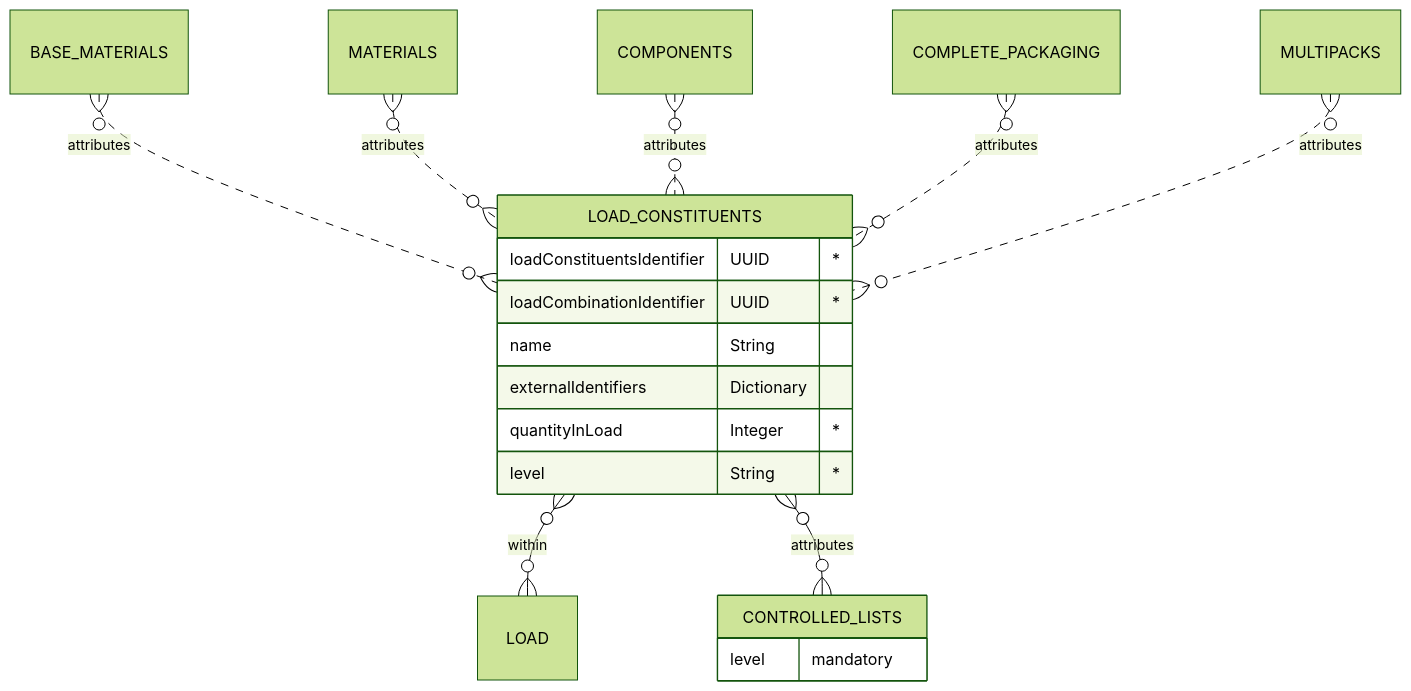
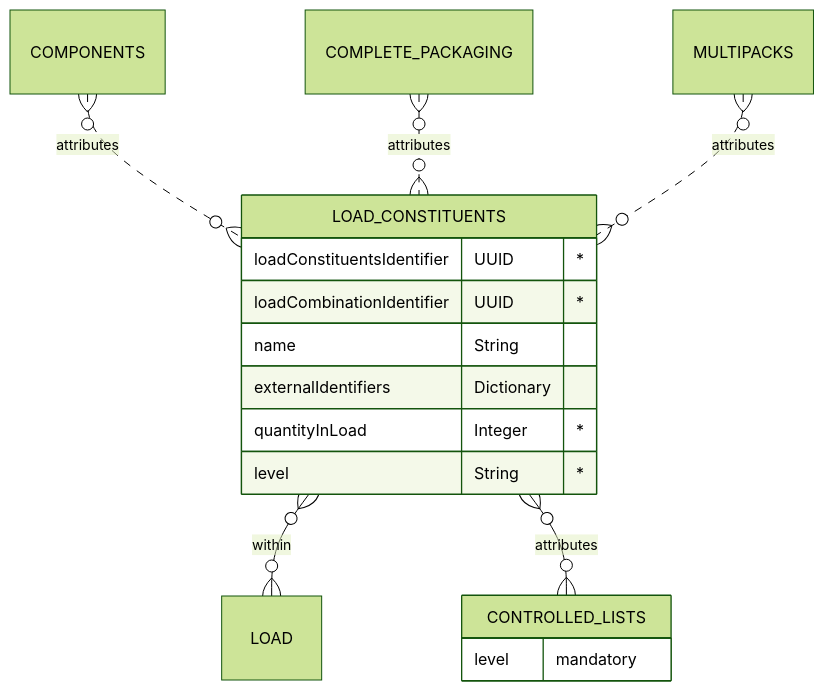
The first of 2 diagrams in docs/6_Relationship_Lists/6_011_Load_Constituents.md (OpenDataManchester/Open3P), drawn with Mermaid (forest theme) before and after one commit. The commit also changed other lines of this file, not shown here.

Commit message:
Remove load_constituents joins for BASE_MATERIALS and MATERIALS

````diff
--- a/docs/6_Relationship_Lists/6_011_Load_Constituents.md
+++ b/docs/6_Relationship_Lists/6_011_Load_Constituents.md
@@ -22,21 +22,19 @@
 ``` mermaid
 erDiagram
-  BASE_MATERIALS }o..o{ LOAD_CONSTITUENTS : attributes
-  MATERIALS }o..o{ LOAD_CONSTITUENTS : attributes
   COMPONENTS }o..o{ LOAD_CONSTITUENTS : attributes
   COMPLETE_PACKAGING }o..o{ LOAD_CONSTITUENTS : attributes
   MULTIPACKS }o..o{ LOAD_CONSTITUENTS : attributes
   LOAD_CONSTITUENTS {
     loadConstituentsIdentifier UUID "*"
     loadCombinationIdentifier UUID "*"
     name String
     externalIdentifiers Dictionary
     quantityInLoad Integer "*"
     level String "*"
   }
   LOAD_CONSTITUENTS }o--o{ LOAD : within
   LOAD_CONSTITUENTS }o--o{ CONTROLLED_LISTS : attributes
   CONTROLLED_LISTS {
     level mandatory
   }
 ```
````
